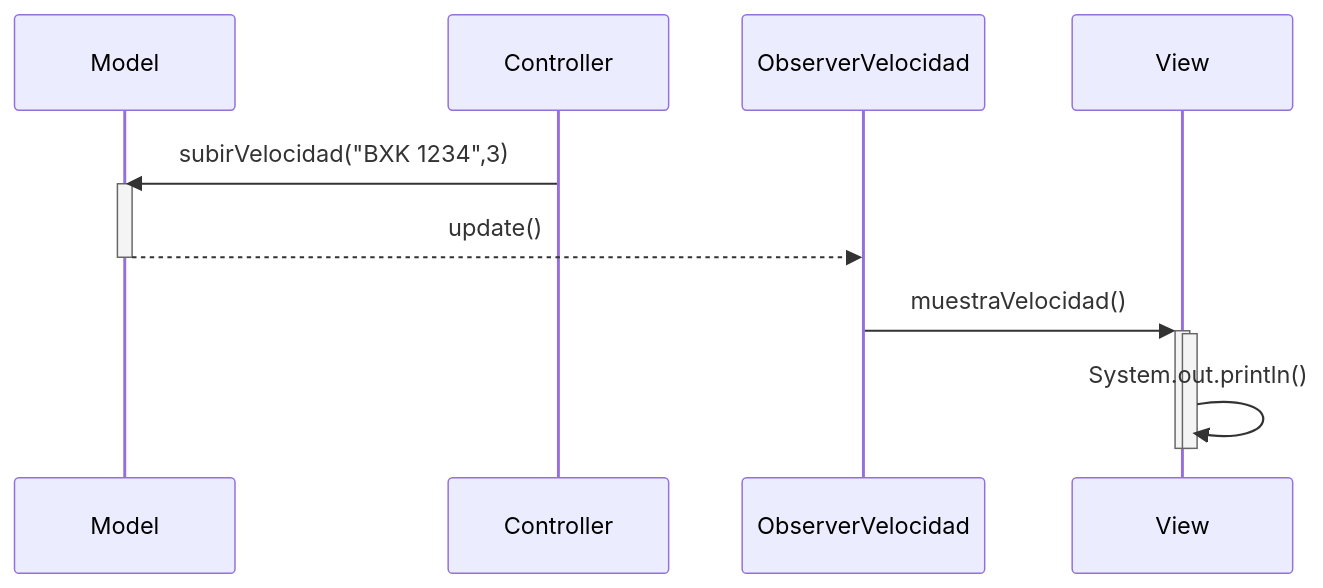
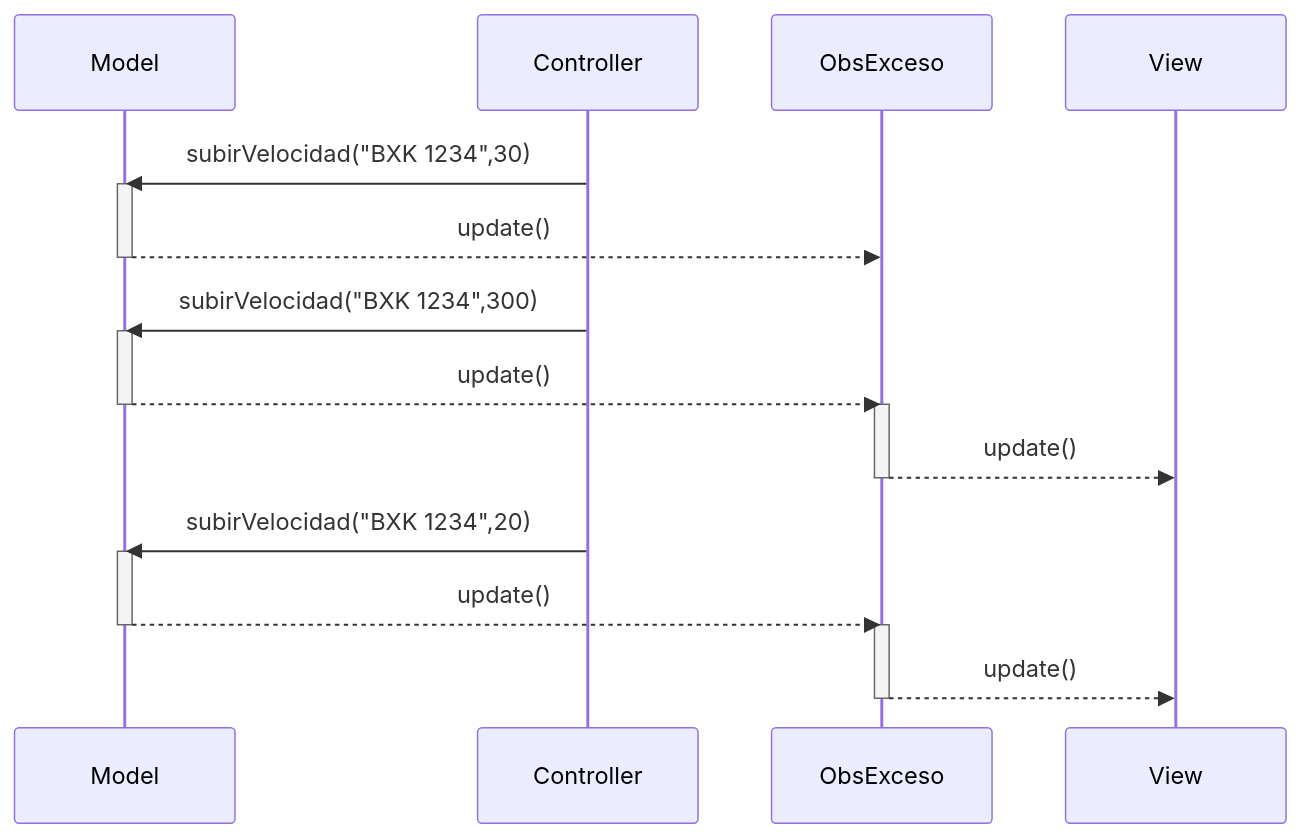
Before and after one commit to LidierRaccioppe/MVC_coches: the second of 2 diagrams in Readme.md, drawn with Mermaid. The commit also changed other lines of this file, not shown here.

Commit message:
Modifico el diagrama de secuencia para adaptarlo al ObsExceso

````diff
--- a/Readme.md
+++ b/Readme.md
@@ -70,15 +51,25 @@
 ```mermaid
 sequenceDiagram
     participant Model
     participant Controller
-    participant ObserverVelocidad
+    participant ObsExceso
     participant View
-    Controller->>Model: subirVelocidad("BXK 1234",3)
+    Controller->>Model: subirVelocidad("BXK 1234",30)
     activate Model
-    Model-->>ObserverVelocidad: update()
+    Model-->>ObsExceso: update()
     deactivate Model
-    ObserverVelocidad->>+View: muestraVelocidad()
-    activate View
-    View->>-View: System.out.println()
-    deactivate View
+    Controller->>Model: subirVelocidad("BXK 1234",300)
+    activate Model
+    Model-->>ObsExceso: update()
+    deactivate Model
+    activate ObsExceso
+    ObsExceso-->>View: update()
+    deactivate ObsExceso
+    Controller->>Model: subirVelocidad("BXK 1234",20)
+    activate Model
+    Model-->>ObsExceso: update()
+    deactivate Model
+    activate ObsExceso
+    ObsExceso-->>View: update()
+    deactivate ObsExceso
 ```
````
